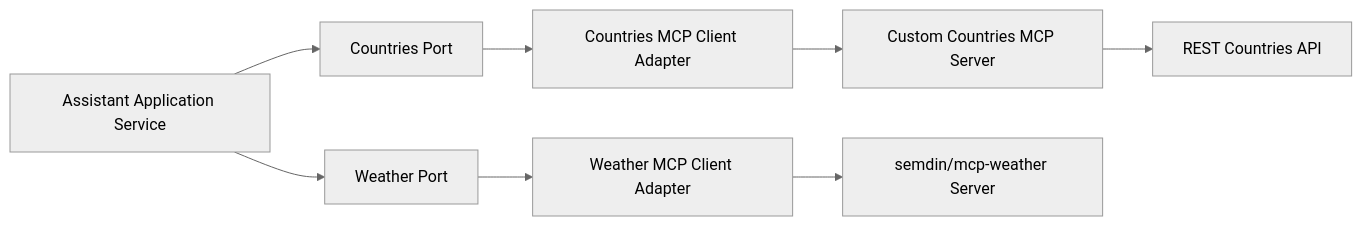
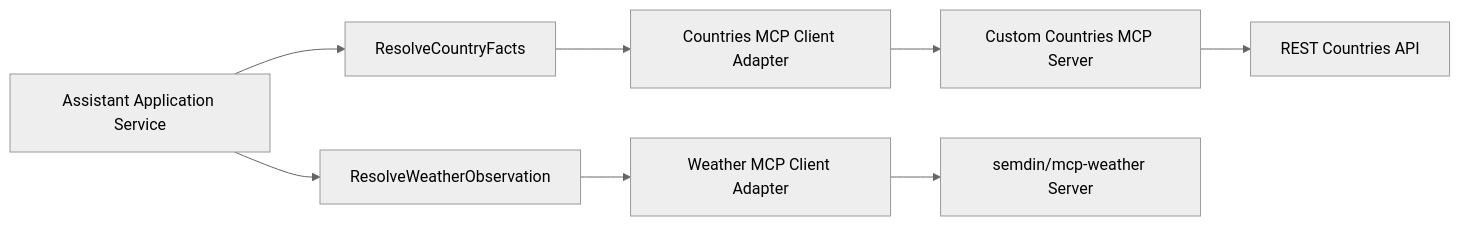
Before and after one commit to lyingparachute/ai-assistant: the sixth of 6 diagrams in docs/spec/05-architecture.md, drawn with Mermaid (neutral theme). The commit also changed other lines of this file and 412 other files, not shown here.

First line of the commit message:
refactor(assistant): hexagonal feature-slice architecture

````diff
--- a/docs/spec/05-architecture.md
+++ b/docs/spec/05-architecture.md
@@ -438,10 +485,10 @@
 ```mermaid
 flowchart LR
-    App[Assistant Application Service] --> CountriesPort[Countries Port]
-    App --> WeatherPort[Weather Port]
-    CountriesPort --> CountriesAdapter[Countries MCP Client Adapter]
-    WeatherPort --> WeatherAdapter[Weather MCP Client Adapter]
+    App[Assistant Application Service] --> CountryFacts[ResolveCountryFacts]
+    App --> WeatherObservation[ResolveWeatherObservation]
+    CountryFacts --> CountriesAdapter[Countries MCP Client Adapter]
+    WeatherObservation --> WeatherAdapter[Weather MCP Client Adapter]
     CountriesAdapter --> CustomMcp[Custom Countries MCP Server]
     CustomMcp --> RestCountries[REST Countries API]
     WeatherAdapter --> WeatherMcp[semdin/mcp-weather Server]
 ```
````
